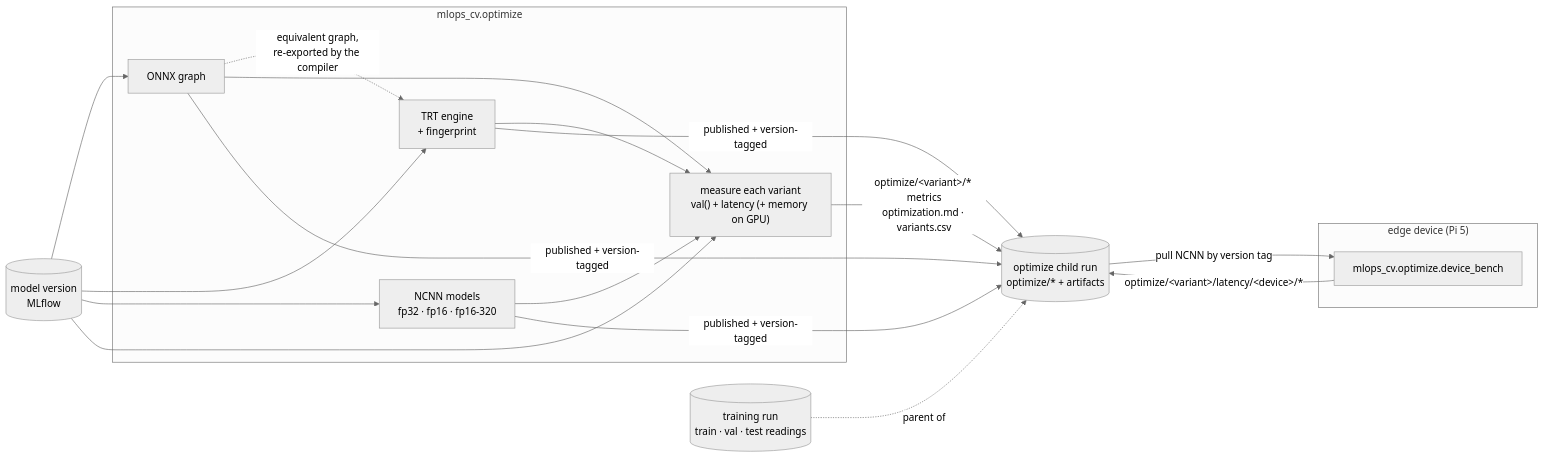
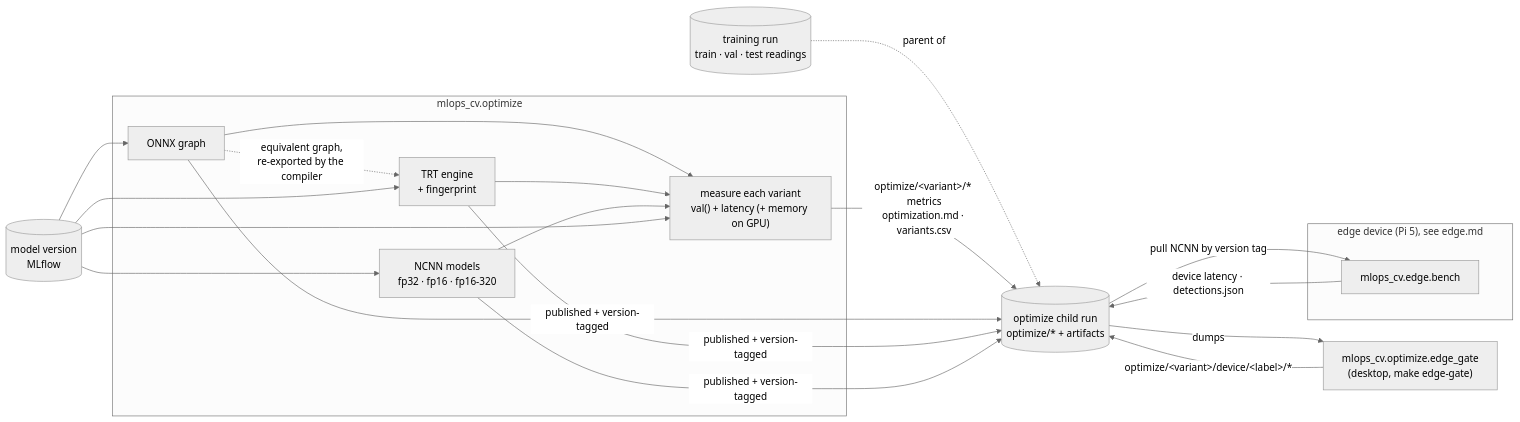
Before and after one commit to vtarasv/mlops-cv: the diagram in docs/optimization.md, drawn with Mermaid (neutral theme). The commit also changed other lines of this file and 40 other files, not shown here.

````diff
--- a/docs/optimization.md
+++ b/docs/optimization.md
@@ -19,34 +19,37 @@
 ```mermaid
 flowchart LR
   model[("model version<br/>MLflow")]
 
   subgraph harness["mlops_cv.optimize"]
     portable["ONNX graph"]
     engines["TRT engine<br/>+ fingerprint"]
     ncnn["NCNN models<br/>fp32 · fp16 · fp16-320"]
     measure["measure each variant<br/>val() + latency (+ memory on GPU)"]
     portable -.->|"equivalent graph,<br/>re-exported by the compiler"| engines
     portable --> measure
     engines --> measure
     ncnn --> measure
   end
 
-  subgraph device["edge device (Pi 5)"]
-    bench["mlops_cv.optimize.device_bench"]
+  subgraph device["edge device (Pi 5), see edge.md"]
+    bench["mlops_cv.edge.bench"]
   end
+  edgegate["mlops_cv.optimize.edge_gate<br/>(desktop, make edge-gate)"]
 
   train[("training run<br/>train · val · test readings")]
   record[("optimize child run<br/>optimize/* + artifacts")]
 
   model --> portable
   model --> engines
   model --> ncnn
   model --> measure
   train -.->|"parent of"| record
   measure -->|"optimize/&lt;variant&gt;/* metrics<br/>optimization.md · variants.csv"| record
   portable -->|"published + version-tagged"| record
   engines -->|"published + version-tagged"| record
   ncnn -->|"published + version-tagged"| record
   record -->|"pull NCNN by version tag"| bench
-  bench -->|"optimize/&lt;variant&gt;/latency/&lt;device&gt;/*"| record
+  bench -->|"device latency · detections.json"| record
+  record -->|"dumps"| edgegate
+  edgegate -->|"optimize/&lt;variant&gt;/device/&lt;label&gt;/*"| record
 ```
````
